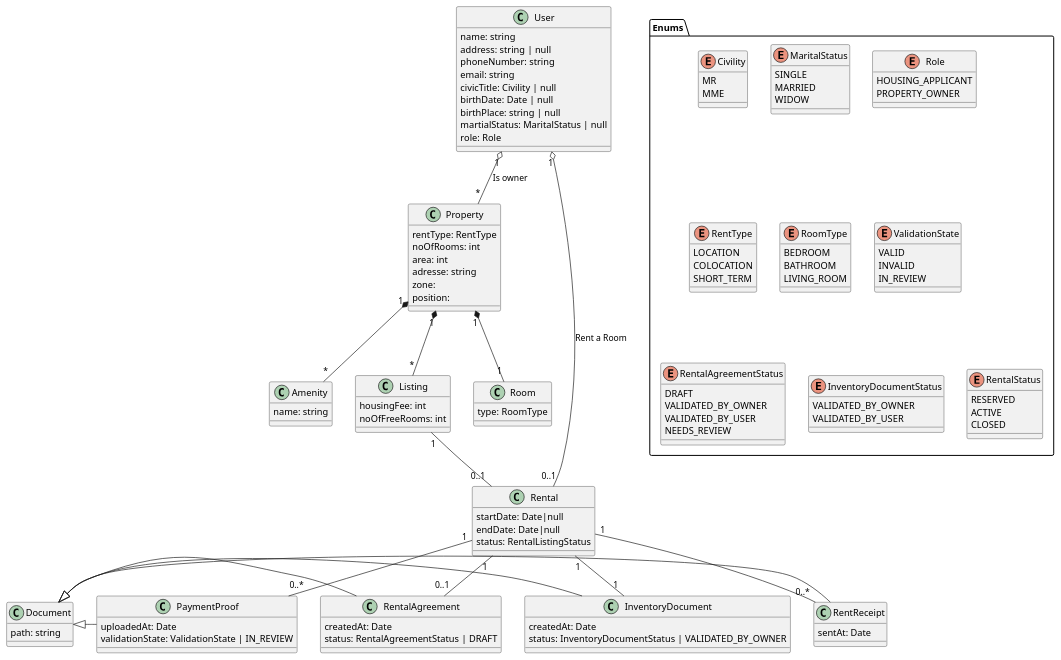
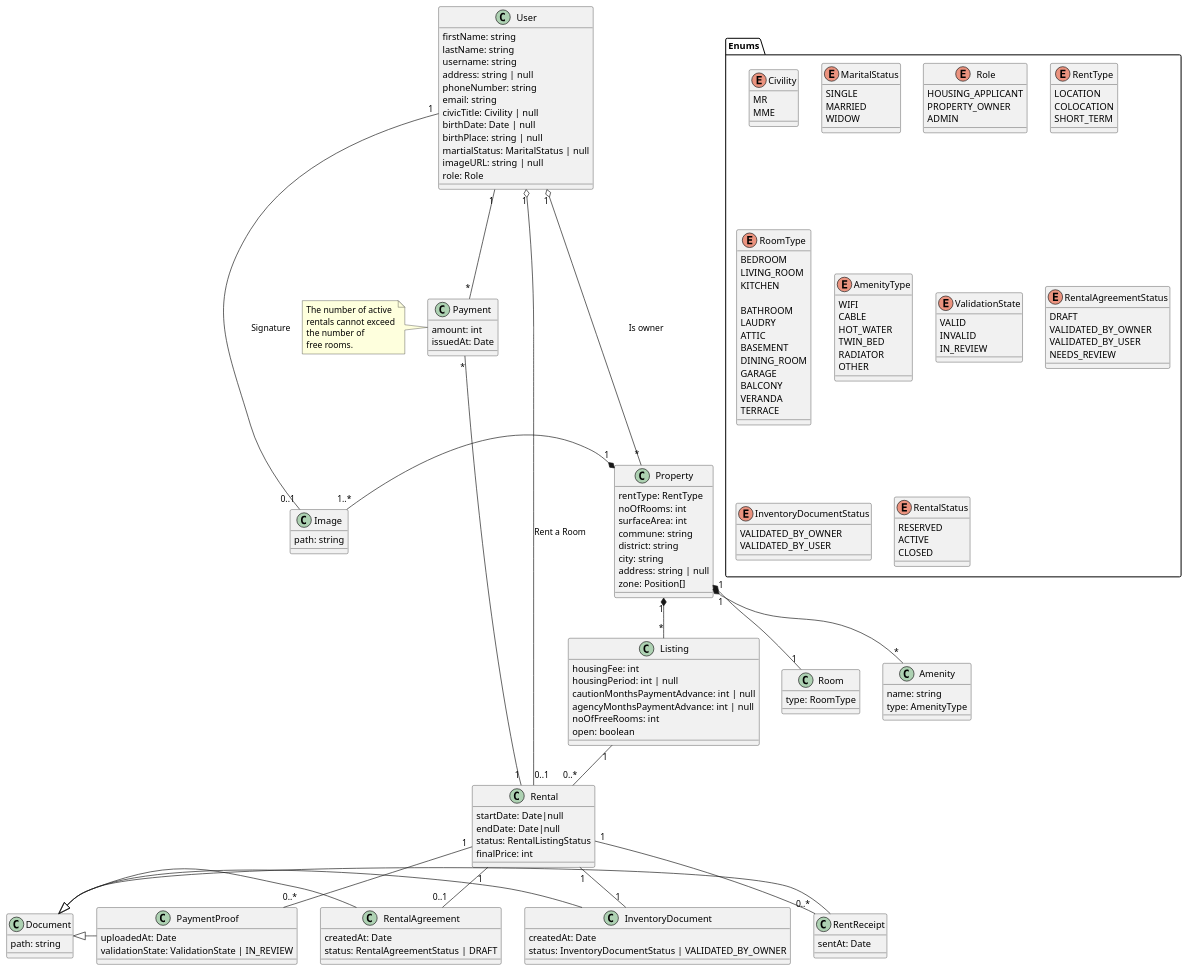
One commit to CSDEV-Tech/locaci changed the diagram in uml/classes.puml. Above: the diagram before and after it, drawn with PlantUML.

Commit message:
:card_file_box: v1 database modelling finished

```diff
--- a/uml/classes.puml
+++ b/uml/classes.puml
@@ -18,6 +18,7 @@
     Enum Role {
         HOUSING_APPLICANT
         PROPERTY_OWNER
+        ADMIN
     }
 
 
@@ -28,12 +29,43 @@
     }
 
     Enum RoomType {
+        ' Pièces entrant dans le calcul
         ' chambre
         BEDROOM
+        ' salon
+        LIVING_ROOM
+        ' cuisine
+        KITCHEN
+
+        ' Pièces supplémentaires
         ' douche
         BATHROOM
-        ' salon
-        LIVING_ROOM
+        ' buanderie
+        LAUDRY
+        ' grenier
+        ATTIC
+        ' sous-sol
+        BASEMENT
+        ' salle à manger
+        DINING_ROOM
+        ' garage
+        GARAGE
+        ' balcon
+        BALCONY
+        ' veranda
+        VERANDA
+        ' terasse
+        TERRACE
+    }
+
+    Enum AmenityType {
+        WIFI
+        ' Canal+
+        CABLE
+        HOT_WATER
+        TWIN_BED
+        RADIATOR
+        OTHER
     }
 
     Enum ValidationState {
@@ -59,10 +91,17 @@
         ACTIVE
         CLOSED
     }
+
+}
+
+class Image {
+    path: string
 }
 
 class User {
-    name: string
+    firstName: string
+    lastName: string
+    username: string
     address: string | null
     phoneNumber: string
     email: string
@@ -70,6 +109,7 @@
     birthDate: Date | null
     birthPlace: string | null
     martialStatus: MaritalStatus | null
+    imageURL: string | null
     role: Role
 }
 
@@ -77,10 +117,13 @@
 class Property {
     rentType: RentType
     noOfRooms: int
-    area: int
-    adresse: string
-    zone:
-    position:
+    surfaceArea: int
+    commune: string
+    ' Quartier
+    district: string
+    city: string
+    address: string | null
+    zone: Position[]
 }
 
 
@@ -116,14 +159,21 @@
 ' Accessoires
 class Amenity {
     name: string
+    type: AmenityType
 }
 
+' Les listings seront les objets
+' qui vont être recherchés par les users
 class Listing {
     ' prix de location
     housingFee: int
+    ' Périodicité si forfait
+    housingPeriod: int | null
+    cautionMonthsPaymentAdvance: int | null
+    agencyMonthsPaymentAdvance: int | null
     noOfFreeRooms: int
+    open: boolean
 }
-
 
 
 ' Classe pour indiquer la location d'un client
@@ -132,6 +182,12 @@
     startDate: Date|null
     endDate: Date|null
     status: RentalListingStatus
+    finalPrice: int
+}
+
+class Payment {
+    amount: int
+    issuedAt: Date
 }
 
 Document <|- PaymentProof
@@ -146,12 +202,27 @@
 
 Property "1" *-- "*" Amenity
 
-Listing "1" -- "0..1" Rental
+Listing "1" -- "0..*" Rental
+
+note left
+The number of active
+rentals cannot exceed
+the number of
+free rooms.
+endnote
+
 User "1" o-- "0..1" Rental : Rent a Room
+
+User "1" -- "*" Payment
+Rental "1" -left- "*" Payment
 
 Rental "1" -- "1" InventoryDocument
 Rental "1" -- "0..1" RentalAgreement
 Rental "1" -- "0..*" PaymentProof
 Rental "1" -- "0..*" RentReceipt
 
+
+Property "1" *---left--- "1..*" Image
+
+User "1" --- "0..1" Image : "Signature"
 @enduml
```
